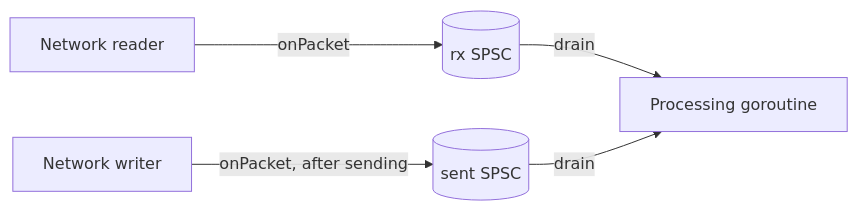
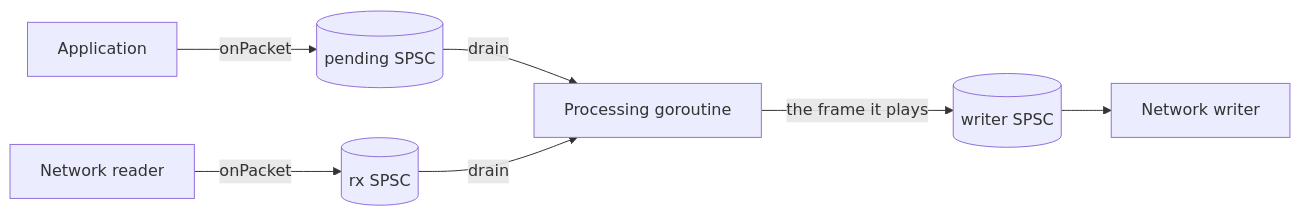
Before and after one commit to danieldonoghue/govoip-dsp: the second of 2 diagrams in docs/usage.md, drawn with Mermaid. The commit also changed other lines of this file and 2 other files, not shown here.

First line of the commit message:
docs: describe and report recipe B sending what it plays

````diff
--- a/docs/usage.md
+++ b/docs/usage.md
@@ -436,7 +436,9 @@
 ```mermaid
 flowchart LR
+  app[Application] -- onPacket --> pend[(pending SPSC)]
   rd[Network reader] -- onPacket --> rx[(rx SPSC)]
-  wr[Network writer] -- onPacket, after sending --> sent[(sent SPSC)]
-  rx -- drain --> proc[Processing goroutine]
-  sent -- drain --> proc
+  pend -- drain --> proc[Processing goroutine]
+  rx -- drain --> proc
+  proc -- the frame it plays --> tow[(writer SPSC)]
+  tow --> wr[Network writer]
 ```
````
